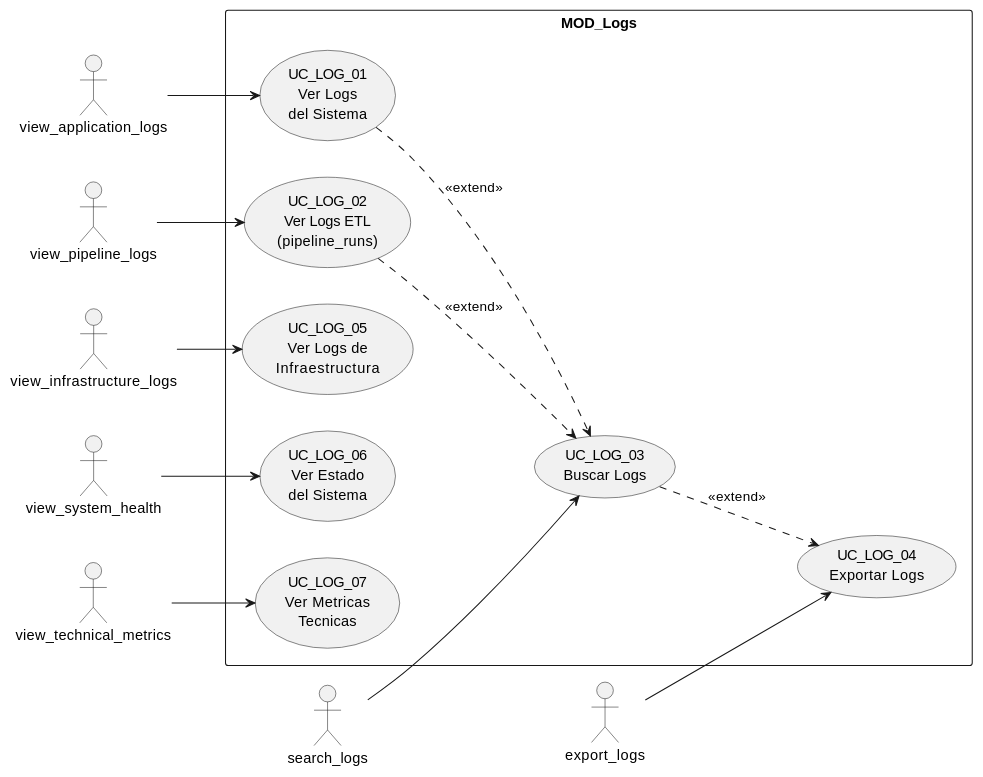
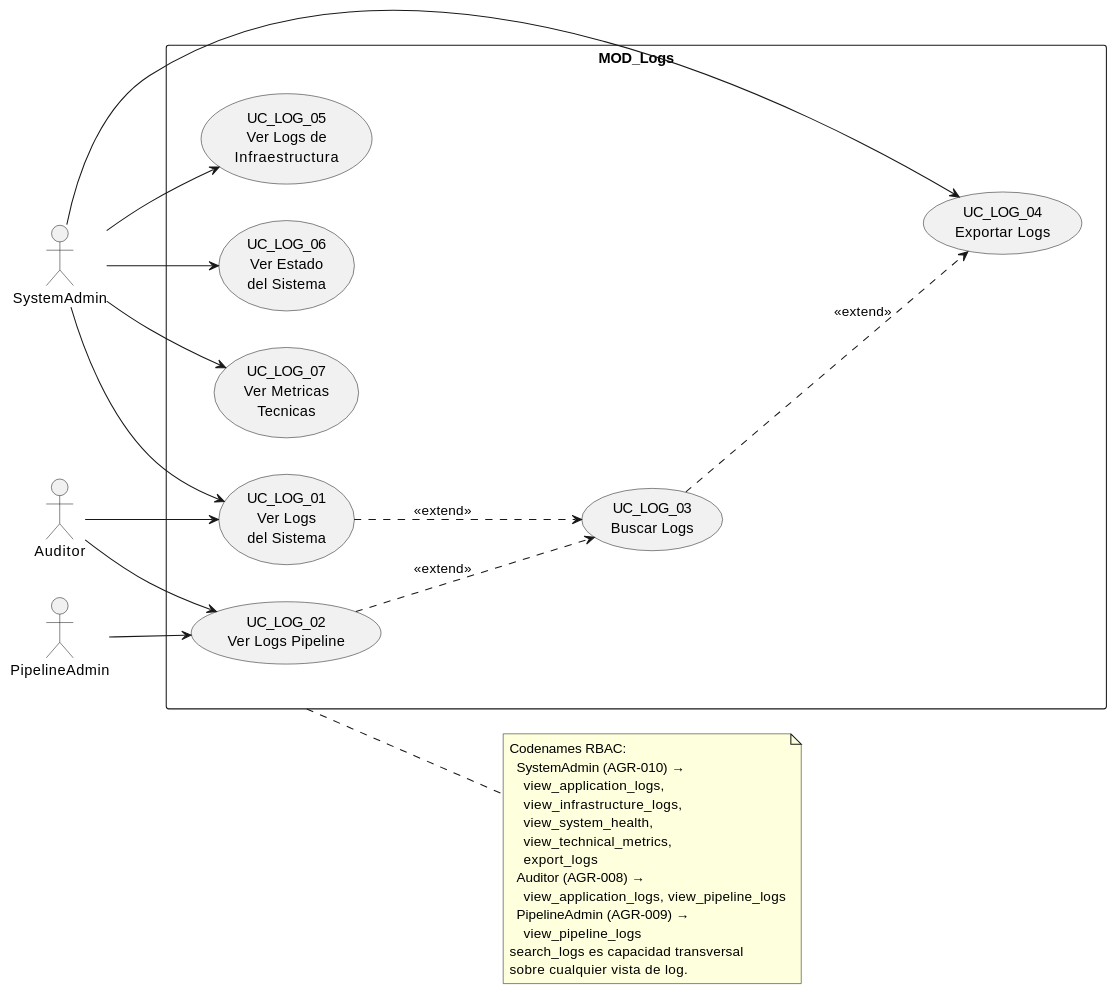
Before and after one commit to jcg-admin/IACT-docs: the diagram in source/arquitectura-tecnica/use-case-view/uc-logs.rst, drawn with PlantUML. The commit also changed other lines of this file and 30 other files, not shown here.

First line of the commit message:
Apply UML-07 conformance to use-case-view: actors as roles

```diff
--- a/source/arquitectura-tecnica/use-case-view/uc-logs.rst
+++ b/source/arquitectura-tecnica/use-case-view/uc-logs.rst
@@ -26,37 +24,54 @@
 .. uml::
- :caption: Figura 24 — MOD_Logs: casos de uso
+ :caption: MOD_Logs — SystemAdmin opera todo el espectro;
+           Auditor lee aplicación y pipeline; PipelineAdmin
+           especializado en pipeline.
 
  @startuml
  left to right direction
 
- actor "view_application_logs" as view_application_logs
- actor "view_pipeline_logs" as view_pipeline_logs
- actor "search_logs" as search_logs
- actor "export_logs" as export_logs
- actor "view_infrastructure_logs" as view_infrastructure_logs
- actor "view_system_health" as view_system_health
- actor "view_technical_metrics" as view_technical_metrics
+ actor SystemAdmin
+ actor Auditor
+ actor PipelineAdmin
 
  rectangle "MOD_Logs" {
    usecase "UC_LOG_01\nVer Logs\ndel Sistema" as VER_LOGS_SISTEMA
-   usecase "UC_LOG_02\nVer Logs ETL\n(pipeline_runs)" as VER_LOGS_ETL
+   usecase "UC_LOG_02\nVer Logs Pipeline" as VER_LOGS_PIPELINE
    usecase "UC_LOG_03\nBuscar Logs" as BUSCAR_LOGS
    usecase "UC_LOG_04\nExportar Logs" as EXPORTAR_LOGS
    usecase "UC_LOG_05\nVer Logs de\nInfraestructura" as VER_LOGS_INFRAESTRUCTURA
    usecase "UC_LOG_06\nVer Estado\ndel Sistema" as VER_ESTADO_SISTEMA
    usecase "UC_LOG_07\nVer Metricas\nTecnicas" as VER_METRICAS_TECNICAS
  }
 
- view_application_logs --> VER_LOGS_SISTEMA
- view_pipeline_logs --> VER_LOGS_ETL
- search_logs --> BUSCAR_LOGS
- export_logs --> EXPORTAR_LOGS
- view_infrastructure_logs --> VER_LOGS_INFRAESTRUCTURA
- view_system_health --> VER_ESTADO_SISTEMA
- view_technical_metrics --> VER_METRICAS_TECNICAS
+ SystemAdmin --> VER_LOGS_SISTEMA
+ SystemAdmin --> VER_LOGS_INFRAESTRUCTURA
+ SystemAdmin --> VER_ESTADO_SISTEMA
+ SystemAdmin --> VER_METRICAS_TECNICAS
+ SystemAdmin --> EXPORTAR_LOGS
+
+ Auditor --> VER_LOGS_SISTEMA
+ Auditor --> VER_LOGS_PIPELINE
+
+ PipelineAdmin --> VER_LOGS_PIPELINE
 
  VER_LOGS_SISTEMA ..> BUSCAR_LOGS : <<extend>>
- VER_LOGS_ETL ..> BUSCAR_LOGS : <<extend>>
+ VER_LOGS_PIPELINE ..> BUSCAR_LOGS : <<extend>>
  BUSCAR_LOGS ..> EXPORTAR_LOGS : <<extend>>
 
+ note right of MOD_Logs
+   Codenames RBAC:
+     SystemAdmin (AGR-010) →
+       view_application_logs,
+       view_infrastructure_logs,
+       view_system_health,
+       view_technical_metrics,
+       export_logs
+     Auditor (AGR-008) →
+       view_application_logs, view_pipeline_logs
+     PipelineAdmin (AGR-009) →
+       view_pipeline_logs
+   search_logs es capacidad transversal
+   sobre cualquier vista de log.
+ end note
+
  @enduml
```
